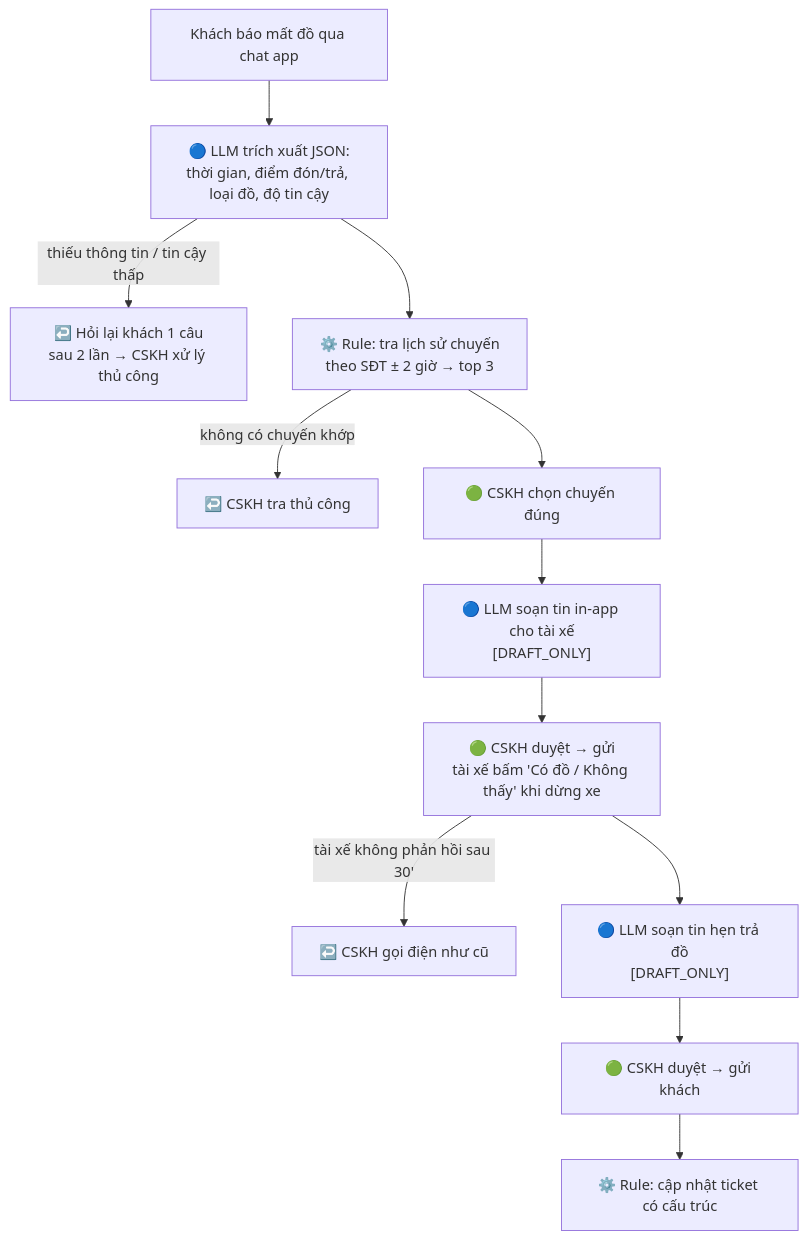
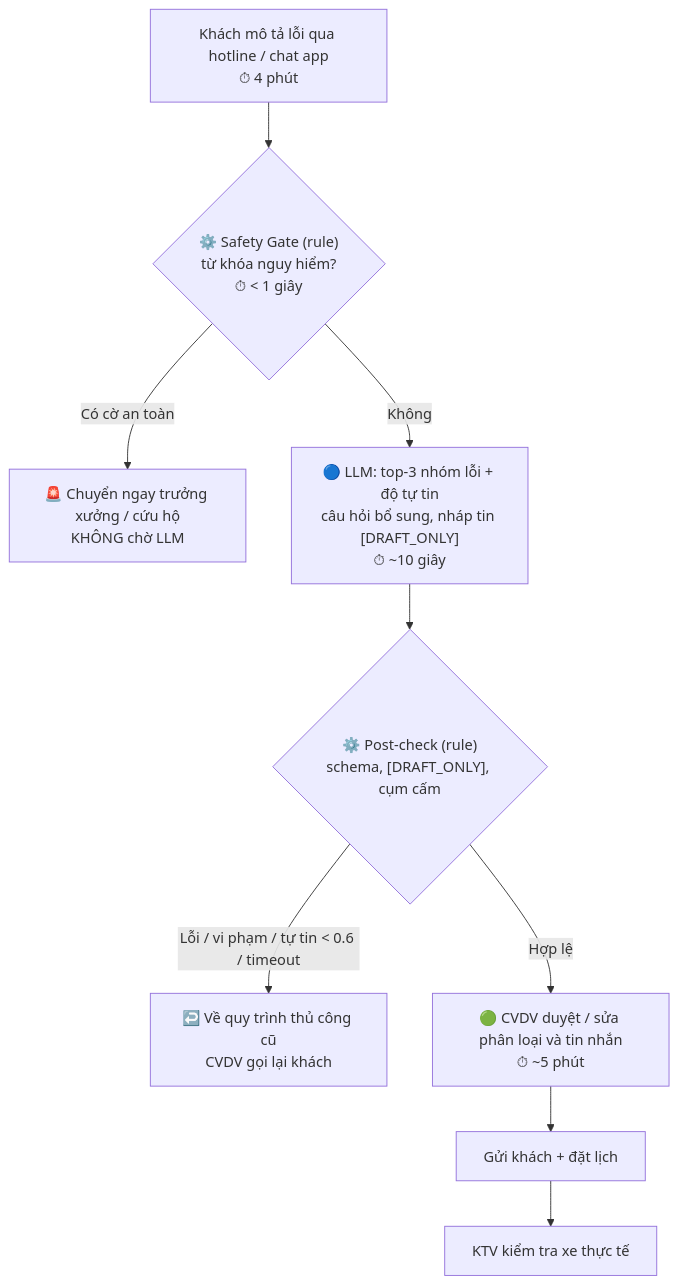
One commit to S0ra1n0/VinUni-Codelab-Day02 changed the diagram in 02-deep-dive-report.md. Above: the diagram before and after it, drawn with Mermaid. The commit also changed other lines of this file and 3 other files, not shown here.

Commit message:
Docs: bản final báo cáo nhóm

````diff
--- a/02-deep-dive-report.md
+++ b/02-deep-dive-report.md
@@ -60,14 +90,11 @@
 ```mermaid
 flowchart TD
-    A["Khách báo mất đồ qua chat app"] --> B["🔵 LLM trích xuất JSON:<br/>thời gian, điểm đón/trả, loại đồ, độ tin cậy"]
-    B -->|"thiếu thông tin / tin cậy thấp"| FB1["↩️ Hỏi lại khách 1 câu<br/>sau 2 lần → CSKH xử lý thủ công"]
-    B --> C["⚙️ Rule: tra lịch sử chuyến<br/>theo SĐT ± 2 giờ → top 3"]
-    C -->|"không có chuyến khớp"| FB2["↩️ CSKH tra thủ công"]
-    C --> D["🟢 CSKH chọn chuyến đúng"]
-    D --> E["🔵 LLM soạn tin in-app cho tài xế<br/>[DRAFT_ONLY]"]
-    E --> F["🟢 CSKH duyệt → gửi<br/>tài xế bấm 'Có đồ / Không thấy' khi dừng xe"]
-    F -->|"tài xế không phản hồi sau 30'"| FB3["↩️ CSKH gọi điện như cũ"]
-    F --> G["🔵 LLM soạn tin hẹn trả đồ<br/>[DRAFT_ONLY]"]
-    G --> H["🟢 CSKH duyệt → gửi khách"]
-    H --> I["⚙️ Rule: cập nhật ticket có cấu trúc"]
+    A["Khách mô tả lỗi qua hotline / chat app<br/>⏱ 4 phút"] --> B{"⚙️ Safety Gate (rule)<br/>từ khóa nguy hiểm?<br/>⏱ < 1 giây"}
+    B -->|"Có cờ an toàn"| ESC["🚨 Chuyển ngay trưởng xưởng / cứu hộ<br/>KHÔNG chờ LLM"]
+    B -->|"Không"| C["🔵 LLM: top-3 nhóm lỗi + độ tự tin<br/>câu hỏi bổ sung, nháp tin [DRAFT_ONLY]<br/>⏱ ~10 giây"]
+    C --> D{"⚙️ Post-check (rule)<br/>schema, [DRAFT_ONLY], cụm cấm"}
+    D -->|"Lỗi / vi phạm / tự tin < 0.6 / timeout"| FB["↩️ Về quy trình thủ công cũ<br/>CVDV gọi lại khách"]
+    D -->|"Hợp lệ"| E["🟢 CVDV duyệt / sửa phân loại và tin nhắn<br/>⏱ ~5 phút"]
+    E --> F["Gửi khách + đặt lịch"]
+    F --> G["KTV kiểm tra xe thực tế"]
 ```
````
